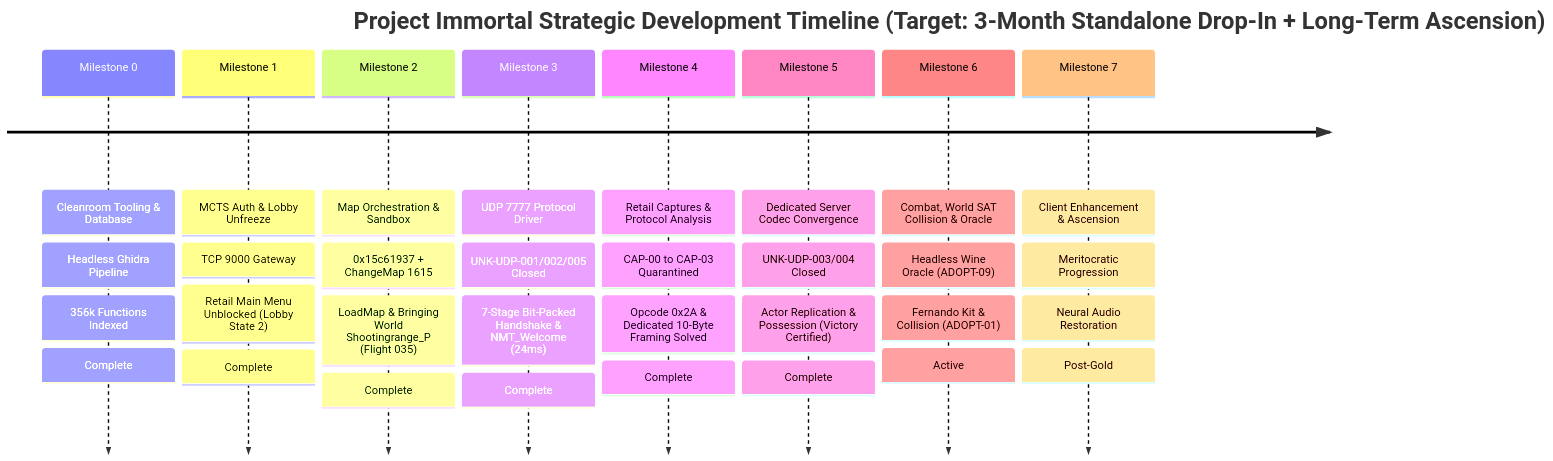
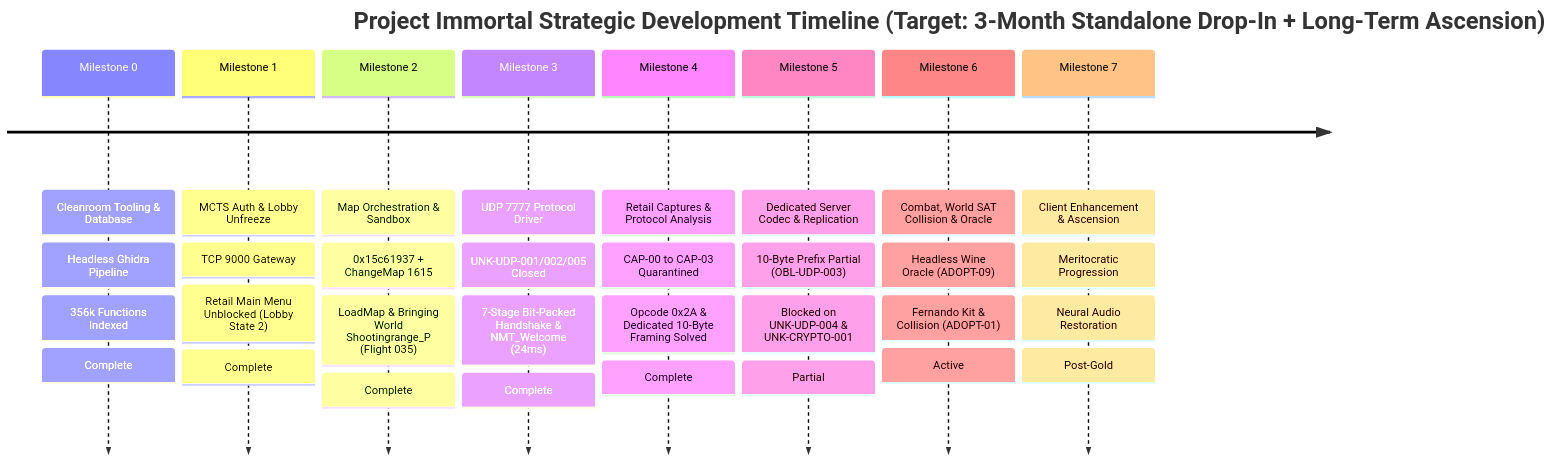
Before and after one commit to project-immortal/immortal: the second of 2 diagrams in docs/specs/ROADMAP.md, drawn with Mermaid. The commit also changed other lines of this file and 37 other files, not shown here.

````diff
--- a/docs/specs/ROADMAP.md
+++ b/docs/specs/ROADMAP.md
@@ -68,12 +68,12 @@
 ```mermaid
 timeline
     title Project Immortal Strategic Development Timeline (Target: 3-Month Standalone Drop-In + Long-Term Ascension)
     Milestone 0 : Cleanroom Tooling & Database : Headless Ghidra Pipeline : 356k Functions Indexed : Complete
     Milestone 1 : MCTS Auth & Lobby Unfreeze : TCP 9000 Gateway : Retail Main Menu Unblocked (Lobby State 2) : Complete
     Milestone 2 : Map Orchestration & Sandbox : 0x15c61937 + ChangeMap 1615 : LoadMap & Bringing World Shootingrange_P (Flight 035) : Complete
     Milestone 3 : UDP 7777 Protocol Driver : UNK-UDP-001/002/005 Closed : 7-Stage Bit-Packed Handshake & NMT_Welcome (24ms) : Complete
     Milestone 4 : Retail Captures & Protocol Analysis : CAP-00 to CAP-03 Quarantined : Opcode 0x2A & Dedicated 10-Byte Framing Solved : Complete
-    Milestone 5 : Dedicated Server Codec Convergence : UNK-UDP-003/004 Closed : Actor Replication & Possession (Victory Certified) : Complete
+    Milestone 5 : Dedicated Server Codec & Replication : 10-Byte Prefix Partial (OBL-UDP-003) : Blocked on UNK-UDP-004 & UNK-CRYPTO-001 : Partial
     Milestone 6 : Combat, World SAT Collision & Oracle : Headless Wine Oracle (ADOPT-09) : Fernando Kit & Collision (ADOPT-01) : Active
     Milestone 7 : Client Enhancement & Ascension : Meritocratic Progression : Neural Audio Restoration : Post-Gold
 ```
````
